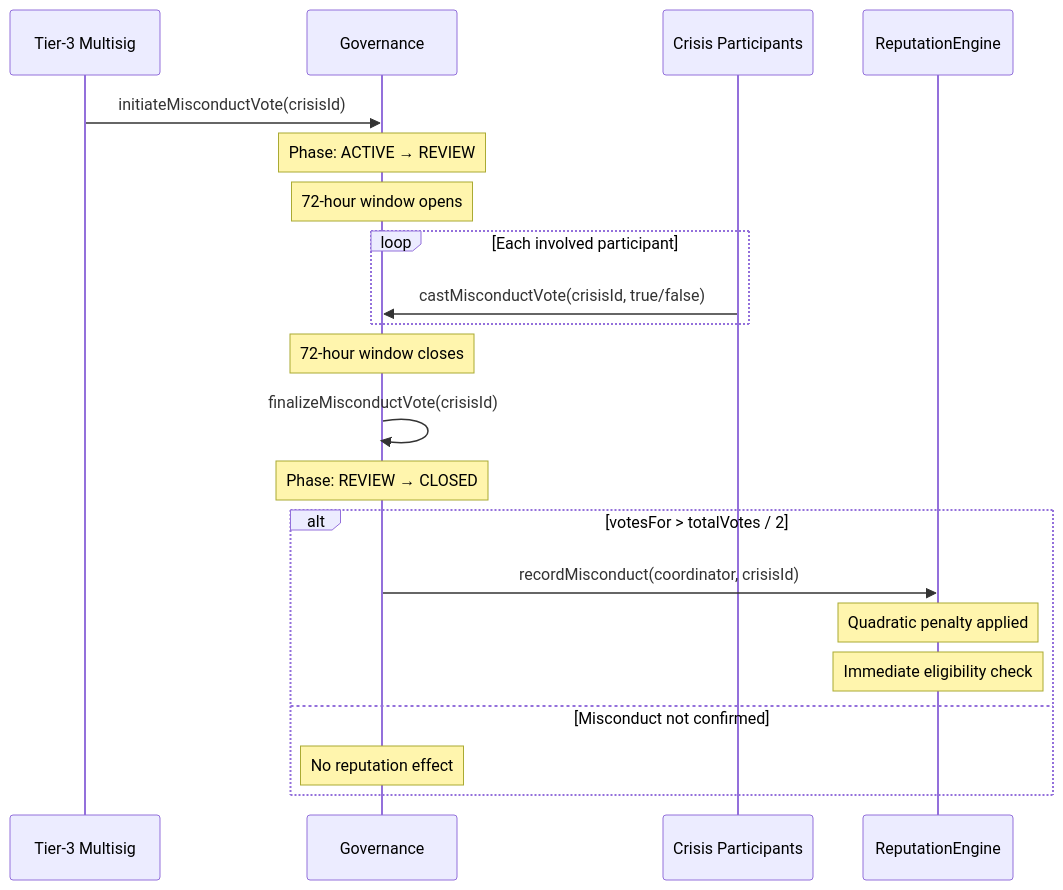
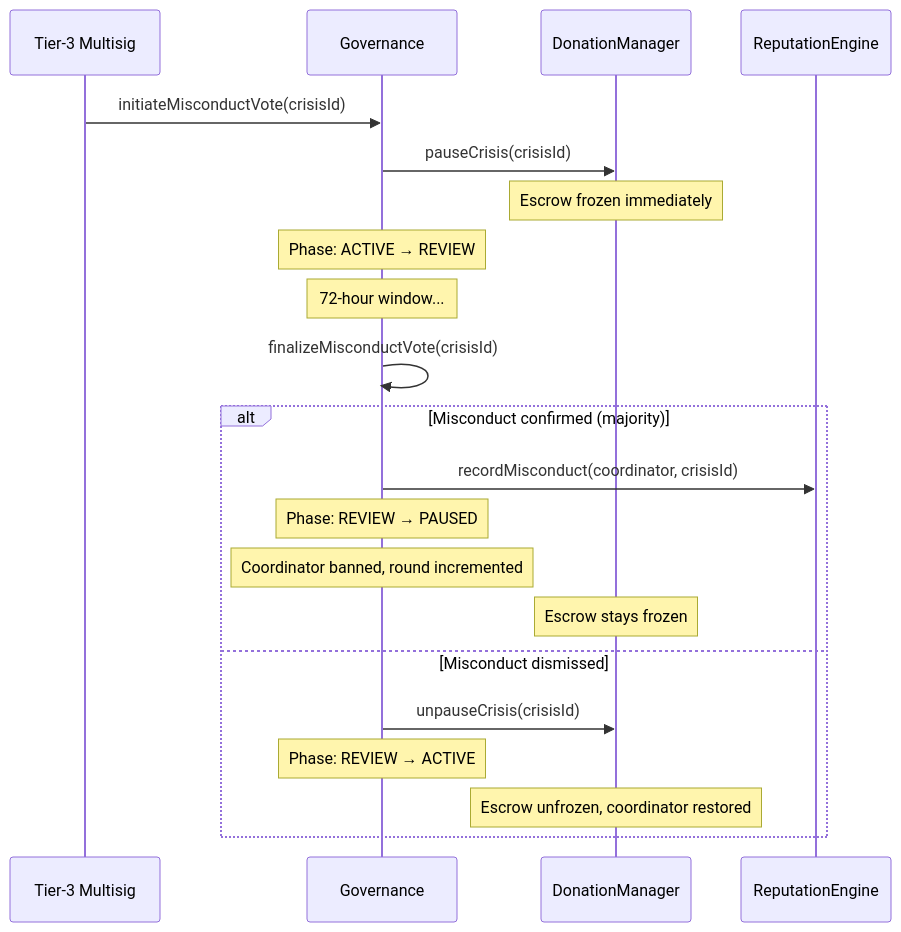
The third of 3 diagrams in docs/technical/03-governance.md (barnehcodes/OPENAID-212-V2), drawn with Mermaid before and after one commit. The commit also changed other lines of this file and 69 other files, not shown here.

````diff
--- a/docs/technical/03-governance.md
+++ b/docs/technical/03-governance.md
@@ -243,28 +265,27 @@
 ```mermaid
 sequenceDiagram
     participant T3 as Tier-3 Multisig
     participant GOV as Governance
-    participant Voters as Crisis Participants
+    participant DM as DonationManager
     participant RE as ReputationEngine
 
     T3->>GOV: initiateMisconductVote(crisisId)
+    GOV->>DM: pauseCrisis(crisisId)
+    Note over DM: Escrow frozen immediately
     Note over GOV: Phase: ACTIVE → REVIEW
-    Note over GOV: 72-hour window opens
 
-    loop Each involved participant
-        Voters->>GOV: castMisconductVote(crisisId, true/false)
-    end
-
-    Note over GOV: 72-hour window closes
+    Note over GOV: 72-hour window...
 
     GOV->>GOV: finalizeMisconductVote(crisisId)
-    Note over GOV: Phase: REVIEW → CLOSED
 
-    alt votesFor > totalVotes / 2
+    alt Misconduct confirmed (majority)
         GOV->>RE: recordMisconduct(coordinator, crisisId)
-        Note over RE: Quadratic penalty applied
-        Note over RE: Immediate eligibility check
-    else Misconduct not confirmed
-        Note over GOV: No reputation effect
+        Note over GOV: Phase: REVIEW → PAUSED
+        Note over GOV: Coordinator banned, round incremented
+        Note over DM: Escrow stays frozen
+    else Misconduct dismissed
+        GOV->>DM: unpauseCrisis(crisisId)
+        Note over GOV: Phase: REVIEW → ACTIVE
+        Note over DM: Escrow unfrozen, coordinator restored
     end
 ```
````
